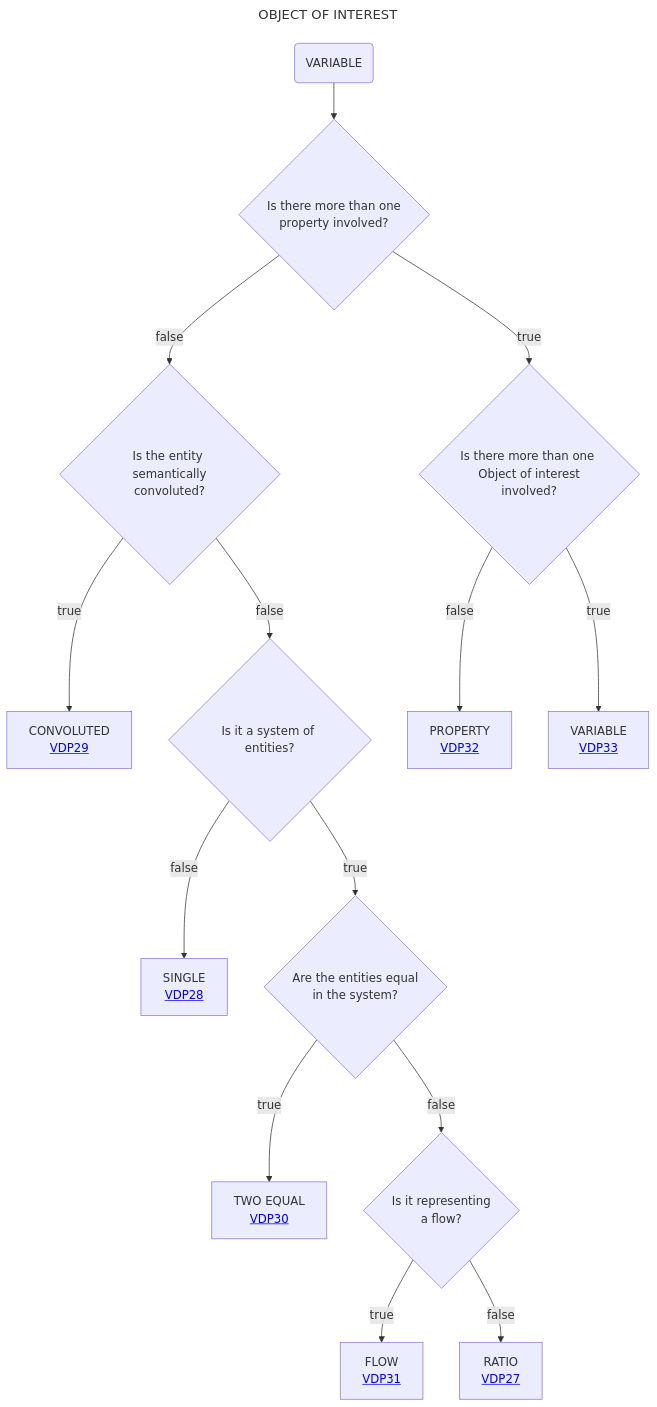
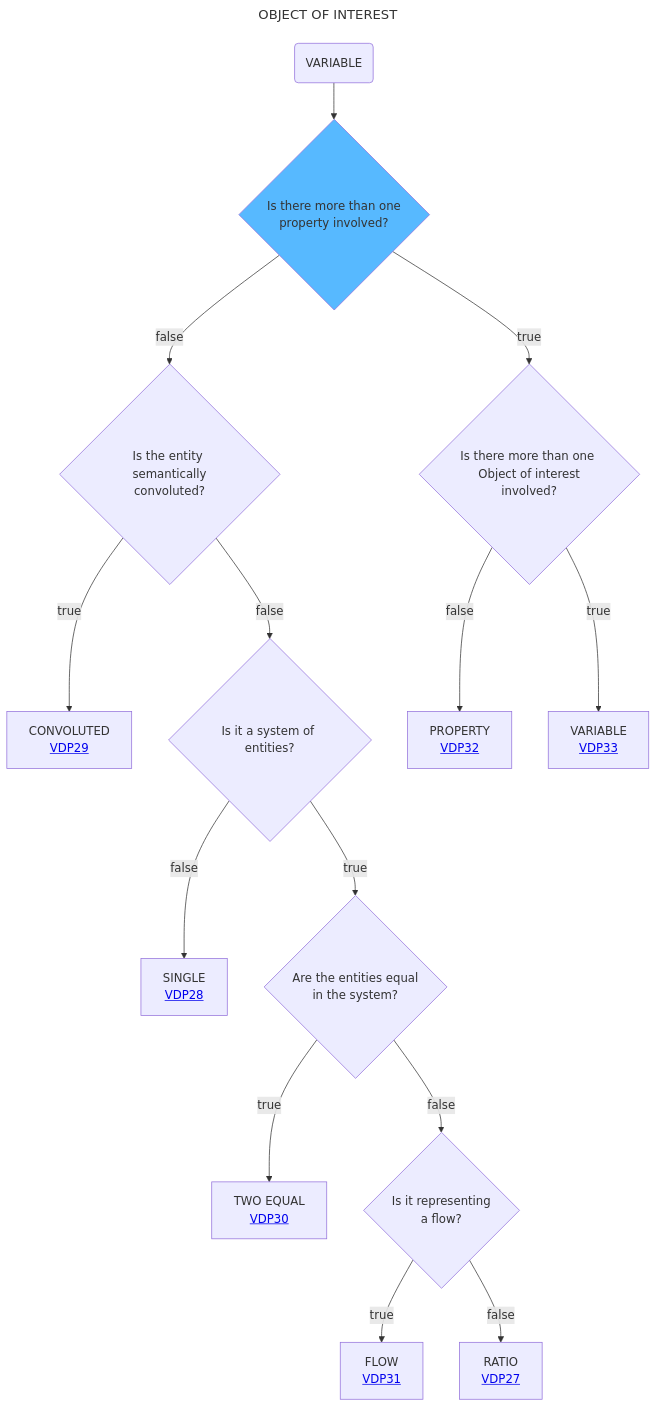
The diagram in Decisition_trees/DT5.mmd (mabablue/I-ADOPT-patterns-playground), drawn with Mermaid before and after one commit.

```diff
--- a/Decisition_trees/DT5.mmd
+++ b/Decisition_trees/DT5.mmd
@@ -1,17 +1,19 @@
 ---
 title: OBJECT OF INTEREST
 ---
 flowchart TD
-    A(VARIABLE) --> AB{Is there more than one <br> property involved?}  
+    A(VARIABLE) --> AB{Is there more than one <br> property involved?}:::satblue  
     AB --> |false|B{Is the entity <br> semantically convoluted?}
     AB --> |true|O{Is there more than one <br> Object of interest involved?} 
     B --> |true|C[CONVOLUTED <br> <a href='https://github.com/mabablue/I-ADOPT-patterns-playground/blob/main/pattern/VDP29.yaml'>VDP29</a>]
     B --> |false|D{Is it a system of entities?}
     D --> |false|E[SINGLE <br> <a href='https://github.com/mabablue/I-ADOPT-patterns-playground/blob/main/pattern/VDP28.yaml'>VDP28</a>]
     D --> |true|F{Are the entities equal <br> in the system?}
     F --> |true|G[TWO EQUAL <br> <a href='https://github.com/mabablue/I-ADOPT-patterns-playground/blob/main/pattern/VDP30.yaml'>VDP30</a>]
     F --> |false|H{Is it representing <br> a flow?}
     H --> |true|I[FLOW <br> <a href='https://github.com/mabablue/I-ADOPT-patterns-playground/blob/main/pattern/VDP31.yaml'>VDP31</a>]
     H --> |false|J[RATIO <br> <a href='https://github.com/mabablue/I-ADOPT-patterns-playground/blob/main/pattern/VDP27.yaml'>VDP27</a>]
     O --> |false|Q[PROPERTY <br> <a href='https://github.com/mabablue/I-ADOPT-patterns-playground/blob/main/pattern/VDP32.yaml'>VDP32</a>]
     O --> |true|R[VARIABLE <br> <a href='https://github.com/mabablue/I-ADOPT-patterns-playground/blob/main/pattern/VDP33.yaml'>VDP33</a>]
+   classDef blue fill:#90D5FF
+   classDef satblue fill:#57B9FF
```
